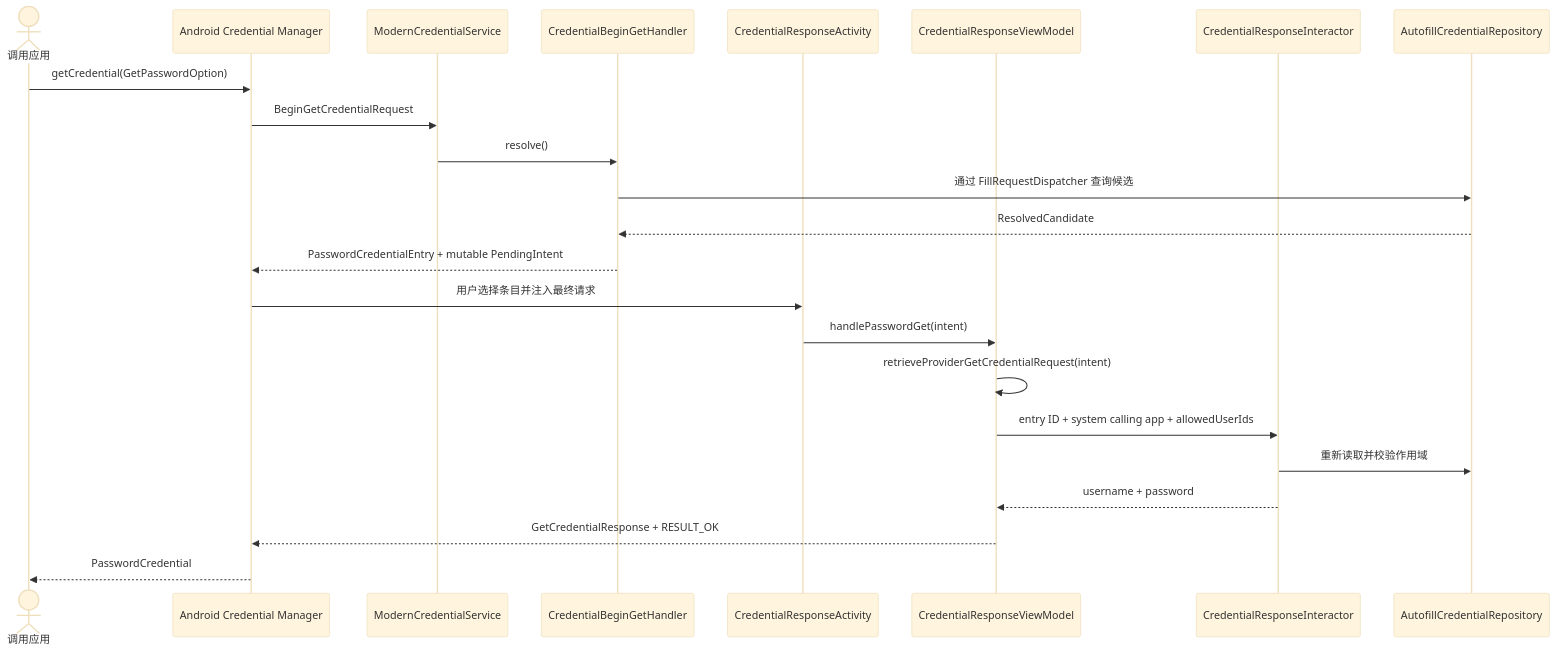
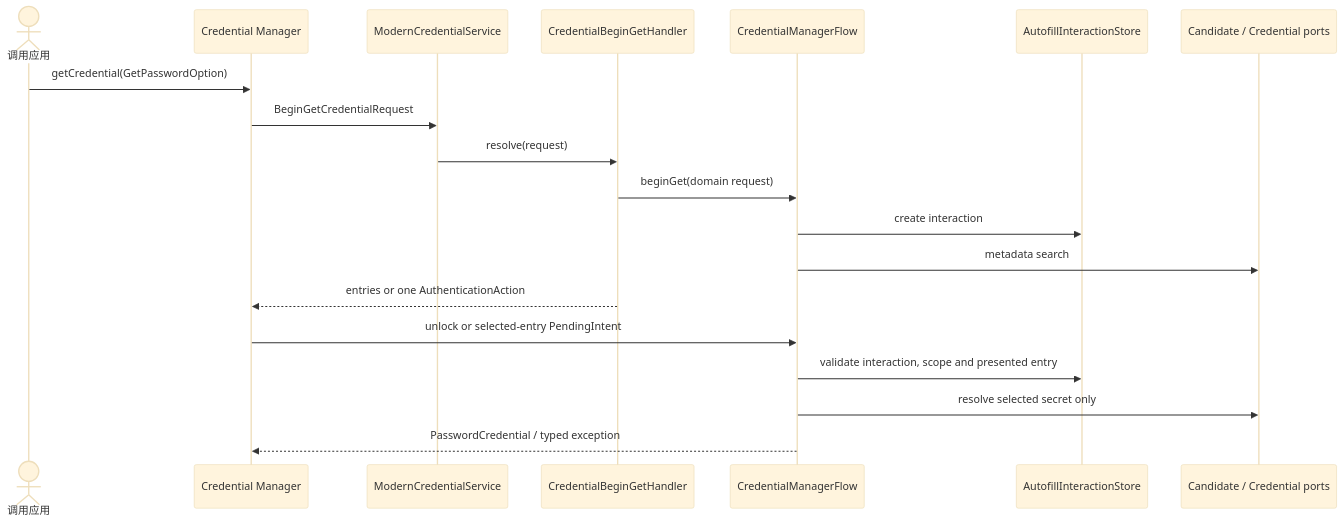
One commit to aozijx/Passly changed the diagram in docs/features/credential-manager.md. Above: the diagram before and after it, drawn with Mermaid (base theme). The commit also changed other lines of this file and 35 other files, not shown here.

````diff
--- a/docs/features/credential-manager.md
+++ b/docs/features/credential-manager.md
@@ -101,26 +36,22 @@
 ```mermaid
 sequenceDiagram
     actor Client as 调用应用
-    participant System as Android Credential Manager
+    participant Android as Credential Manager
     participant Service as ModernCredentialService
-    participant Query as CredentialBeginGetHandler
-    participant Activity as CredentialResponseActivity
-    participant VM as CredentialResponseViewModel
-    participant Domain as CredentialResponseInteractor
-    participant Vault as AutofillCredentialRepository
+    participant Handler as CredentialBeginGetHandler
+    participant Flow as CredentialManagerFlow
+    participant Store as AutofillInteractionStore
+    participant Data as Candidate / Credential ports
 
-    Client->>System: getCredential(GetPasswordOption)
-    System->>Service: BeginGetCredentialRequest
-    Service->>Query: resolve()
-    Query->>Vault: 通过 FillRequestDispatcher 查询候选
-    Vault-->>Query: ResolvedCandidate
-    Query-->>System: PasswordCredentialEntry + mutable PendingIntent
-    System->>Activity: 用户选择条目并注入最终请求
-    Activity->>VM: handlePasswordGet(intent)
-    VM->>VM: retrieveProviderGetCredentialRequest(intent)
-    VM->>Domain: entry ID + system calling app + allowedUserIds
-    Domain->>Vault: 重新读取并校验作用域
-    Domain-->>VM: username + password
-    VM-->>System: GetCredentialResponse + RESULT_OK
-    System-->>Client: PasswordCredential
+    Client->>Android: getCredential(GetPasswordOption)
+    Android->>Service: BeginGetCredentialRequest
+    Service->>Handler: resolve(request)
+    Handler->>Flow: beginGet(domain request)
+    Flow->>Store: create interaction
+    Flow->>Data: metadata search
+    Handler-->>Android: entries or one AuthenticationAction
+    Android->>Flow: unlock or selected-entry PendingIntent
+    Flow->>Store: validate interaction, scope and presented entry
+    Flow->>Data: resolve selected secret only
+    Flow-->>Android: PasswordCredential / typed exception
 ```
````
